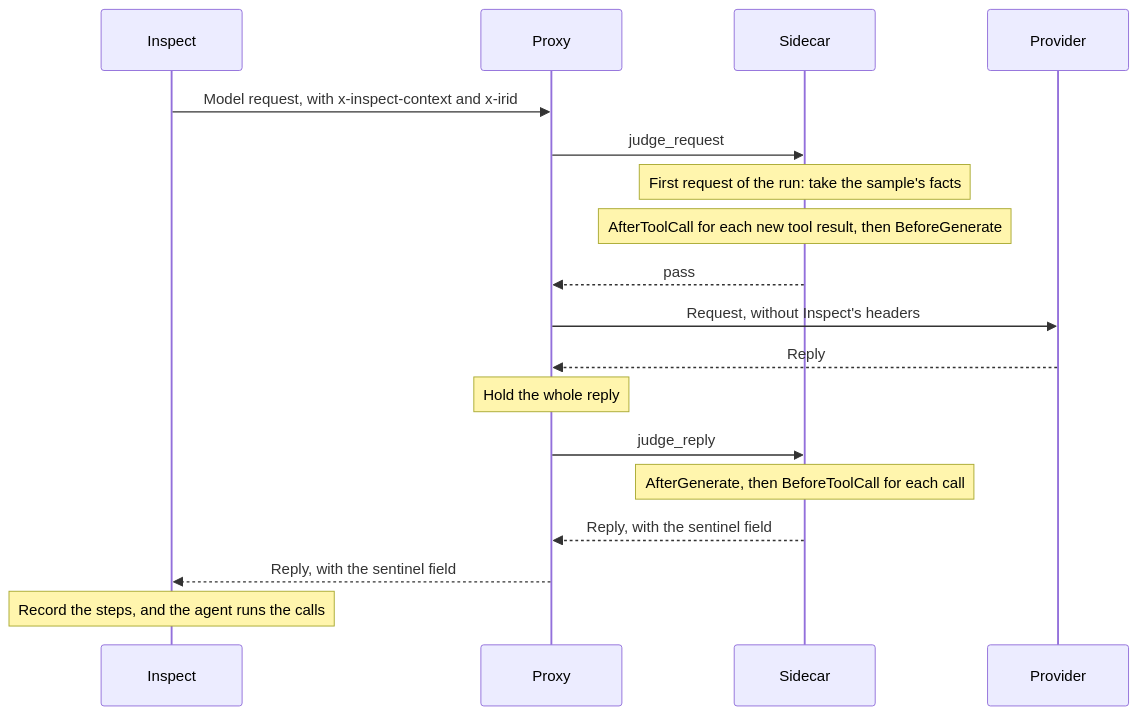
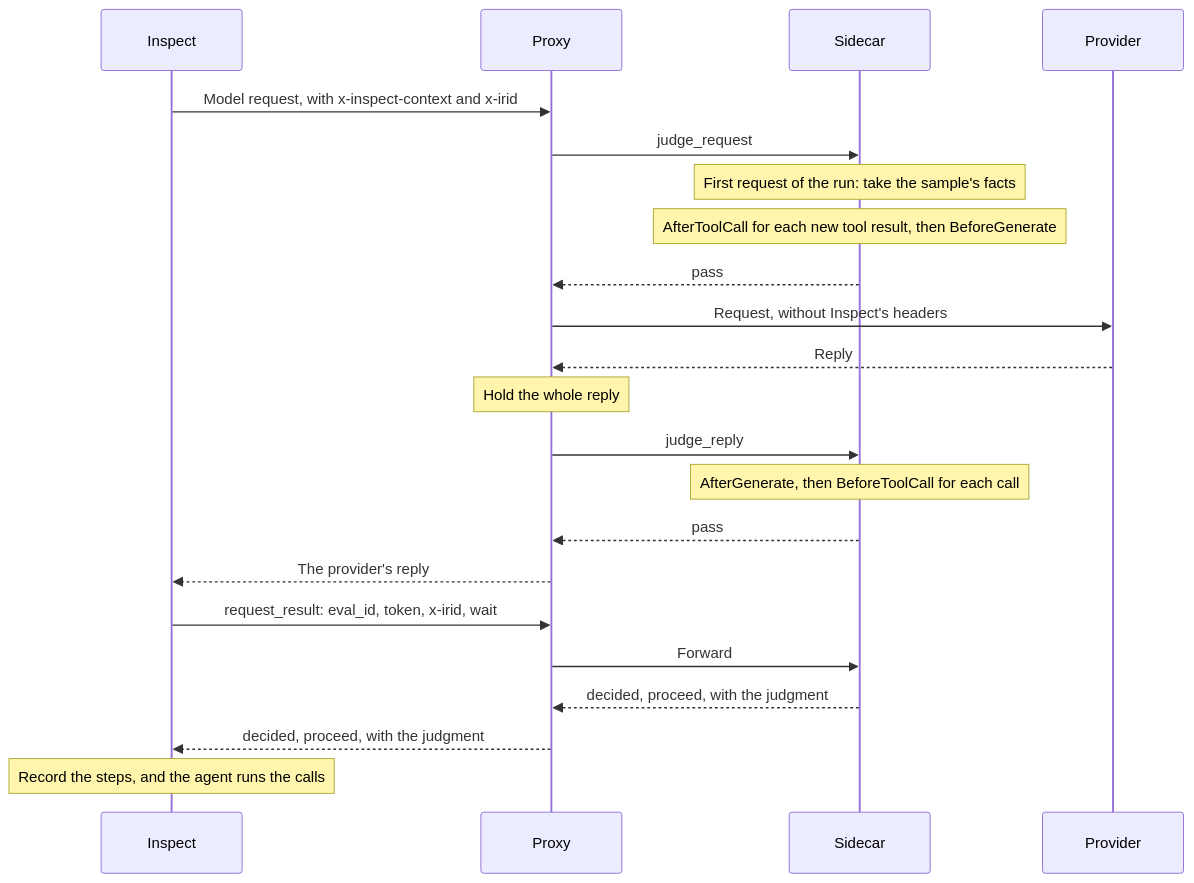
Before and after one commit to meridianlabs-ai/inspect_sentinel: the third of 9 diagrams in design/sidecar.md, drawn with Mermaid. The commit also changed other lines of this file and 2 other files, not shown here.

First line of the commit message:
docs(design): ask the sidecar for each judgment instead of reading a field from replies

````diff
--- a/design/sidecar.md
+++ b/design/sidecar.md
@@ -677,20 +694,24 @@
 ```mermaid
 sequenceDiagram
     participant I as Inspect
     participant P as Proxy
     participant S as Sidecar
     participant M as Provider
     I->>P: Model request, with x-inspect-context and x-irid
     P->>S: judge_request
     Note over S: First request of the run: take the sample's facts
     Note over S: AfterToolCall for each new tool result, then BeforeGenerate
     S-->>P: pass
     P->>M: Request, without Inspect's headers
     M-->>P: Reply
     Note over P: Hold the whole reply
     P->>S: judge_reply
     Note over S: AfterGenerate, then BeforeToolCall for each call
-    S-->>P: Reply, with the sentinel field
-    P-->>I: Reply, with the sentinel field
+    S-->>P: pass
+    P-->>I: The provider's reply
+    I->>P: request_result: eval_id, token, x-irid, wait
+    P->>S: Forward
+    S-->>P: decided, proceed, with the judgment
+    P-->>I: decided, proceed, with the judgment
     Note over I: Record the steps, and the agent runs the calls
 ```
````
